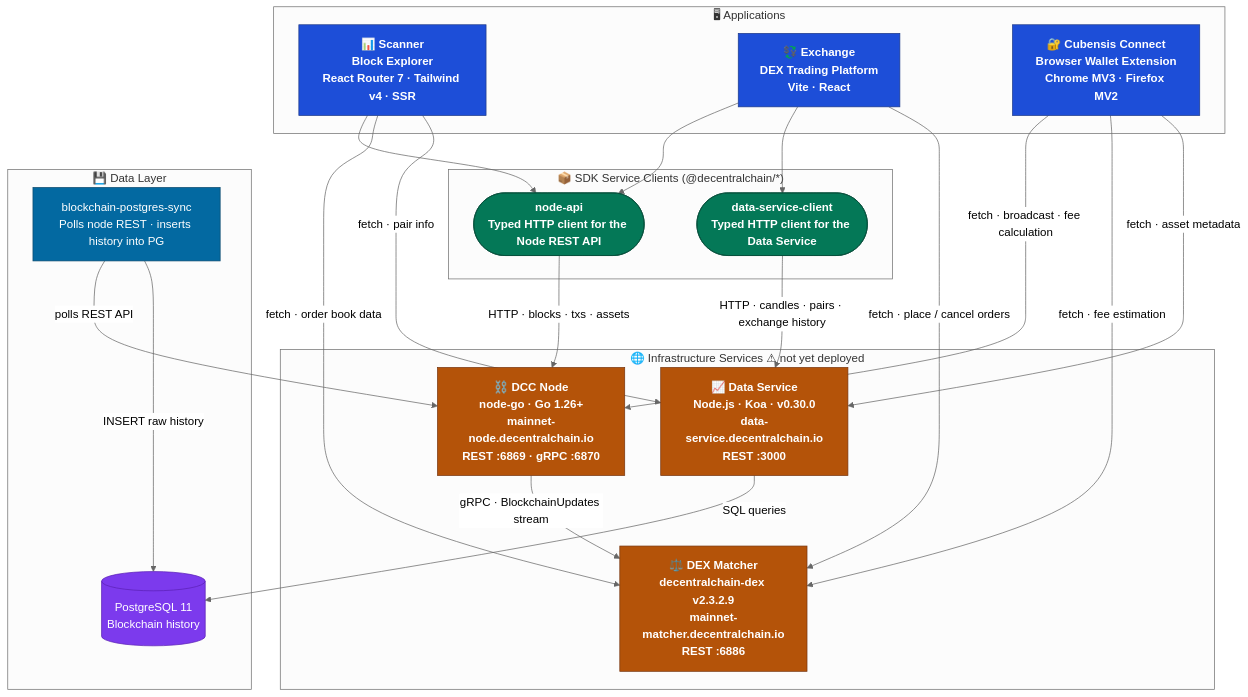
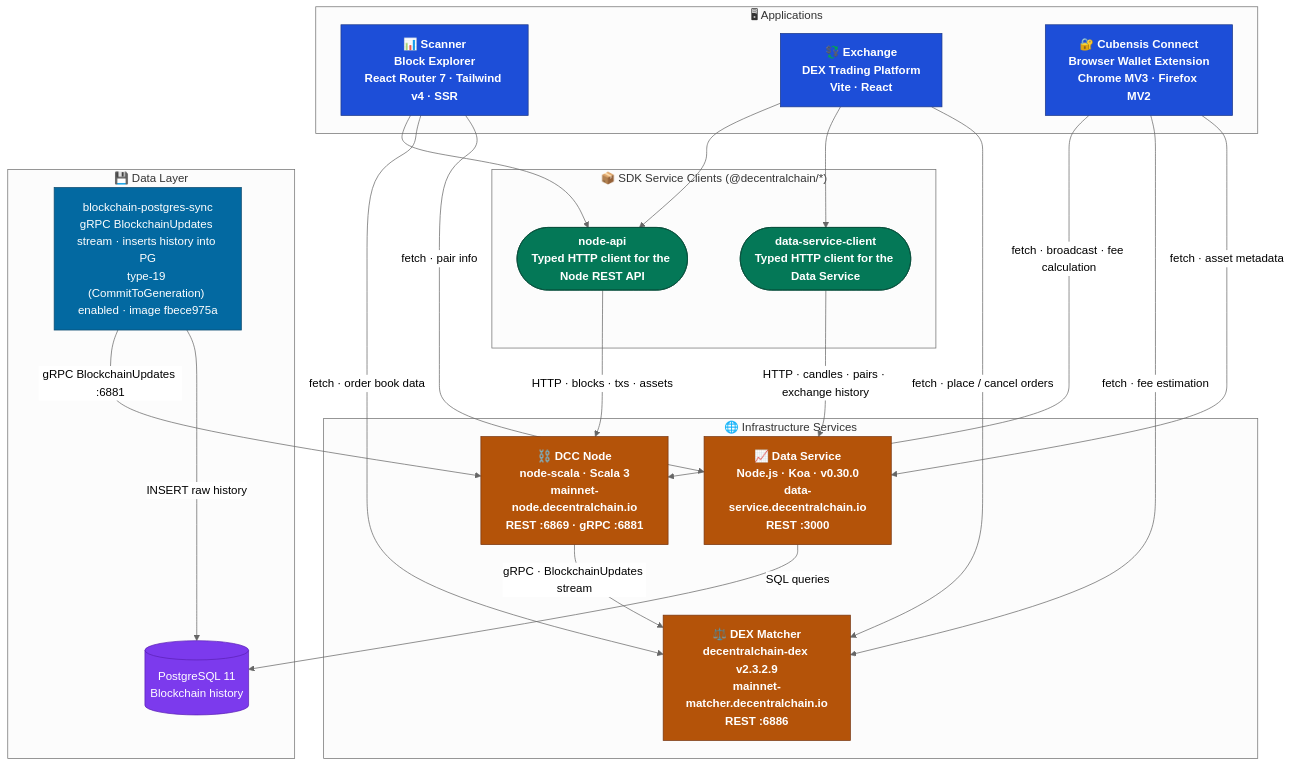
The third of 9 diagrams in docs/ECOSYSTEM.md (Decentral-America/DecentralChain), drawn with Mermaid (neutral theme) before and after one commit. The commit also changed other lines of this file and 2 other files, not shown here.

First line of the commit message:
docs: update BPS README + ECOSYSTEM + UPSTREAM — current state 2026-06-30

````diff
--- a/docs/ECOSYSTEM.md
+++ b/docs/ECOSYSTEM.md
@@ -272,58 +272,58 @@
 ```mermaid
 flowchart TD
     classDef app fill:#1D4ED8,stroke:#1E3A8A,color:#fff,font-weight:bold
     classDef sdk fill:#047857,stroke:#064E3B,color:#fff,font-weight:bold
     classDef svc fill:#B45309,stroke:#78350F,color:#fff,font-weight:bold
     classDef db fill:#7C3AED,stroke:#5B21B6,color:#fff
     classDef ops fill:#0369A1,stroke:#0C4A6E,color:#fff
 
     subgraph APPS["🖥  Applications"]
         SCANNER["📊 Scanner<br/>Block Explorer<br/>React Router 7 · Tailwind v4 · SSR"]
         EXCHANGE["💱 Exchange<br/>DEX Trading Platform<br/>Vite · React"]
         CUBENSIS["🔐 Cubensis Connect<br/>Browser Wallet Extension<br/>Chrome MV3 · Firefox MV2"]
     end
 
     subgraph BRIDGES["📦  SDK Service Clients  (@decentralchain/*)"]
         NODE_API(["node-api<br/>Typed HTTP client for the Node REST API"])
         DS_CLIENT(["data-service-client<br/>Typed HTTP client for the Data Service"])
     end
 
-    subgraph SERVICES["🌐  Infrastructure Services  ⚠ not yet deployed"]
-        NODE_SVC["⛓️ DCC Node<br/>node-go · Go 1.26+<br/>mainnet-node.decentralchain.io<br/>REST :6869 · gRPC :6870"]
+    subgraph SERVICES["🌐  Infrastructure Services"]
+        NODE_SVC["⛓️ DCC Node<br/>node-scala · Scala 3<br/>mainnet-node.decentralchain.io<br/>REST :6869 · gRPC :6881"]
         MATCHER_SVC["⚖️ DEX Matcher<br/>decentralchain-dex v2.3.2.9<br/>mainnet-matcher.decentralchain.io<br/>REST :6886"]
         DATA_SVC["📈 Data Service<br/>Node.js · Koa · v0.30.0<br/>data-service.decentralchain.io<br/>REST :3000"]
     end
 
     subgraph DATALAYER["💾  Data Layer"]
-        BPS["blockchain-postgres-sync<br/>Polls node REST · inserts history into PG"]
+        BPS["blockchain-postgres-sync<br/>gRPC BlockchainUpdates stream · inserts history into PG<br/>type-19 (CommitToGeneration) enabled · image fbece975a"]
         PG[("PostgreSQL 11<br/>Blockchain history")]
     end
 
     %% Apps use SDK bridges
     SCANNER --> NODE_API
     EXCHANGE --> NODE_API
     EXCHANGE --> DS_CLIENT
     %% SDK bridges call services
     NODE_API -->|"HTTP · blocks · txs · assets"| NODE_SVC
     DS_CLIENT -->|"HTTP · candles · pairs · exchange history"| DATA_SVC
 
     %% Apps also call services directly (no SDK wrapper)
     SCANNER -->|"fetch · order book data"| MATCHER_SVC
     SCANNER -->|"fetch · pair info"| DATA_SVC
     EXCHANGE -->|"fetch · place / cancel orders"| MATCHER_SVC
     CUBENSIS -->|"fetch · broadcast · fee calculation"| NODE_SVC
     CUBENSIS -->|"fetch · fee estimation"| MATCHER_SVC
     CUBENSIS -->|"fetch · asset metadata"| DATA_SVC
 
     %% Infrastructure internal connections
     NODE_SVC -->|"gRPC · BlockchainUpdates stream"| MATCHER_SVC
-    BPS -->|"polls REST API"| NODE_SVC
+    BPS -->|"gRPC BlockchainUpdates :6881"| NODE_SVC
     BPS -->|"INSERT raw history"| PG
     DATA_SVC -->|"SQL queries"| PG
 
     class SCANNER,EXCHANGE,CUBENSIS app
     class NODE_API,DS_CLIENT sdk
     class NODE_SVC,MATCHER_SVC,DATA_SVC svc
     class PG db
     class BPS ops
 ```
````
